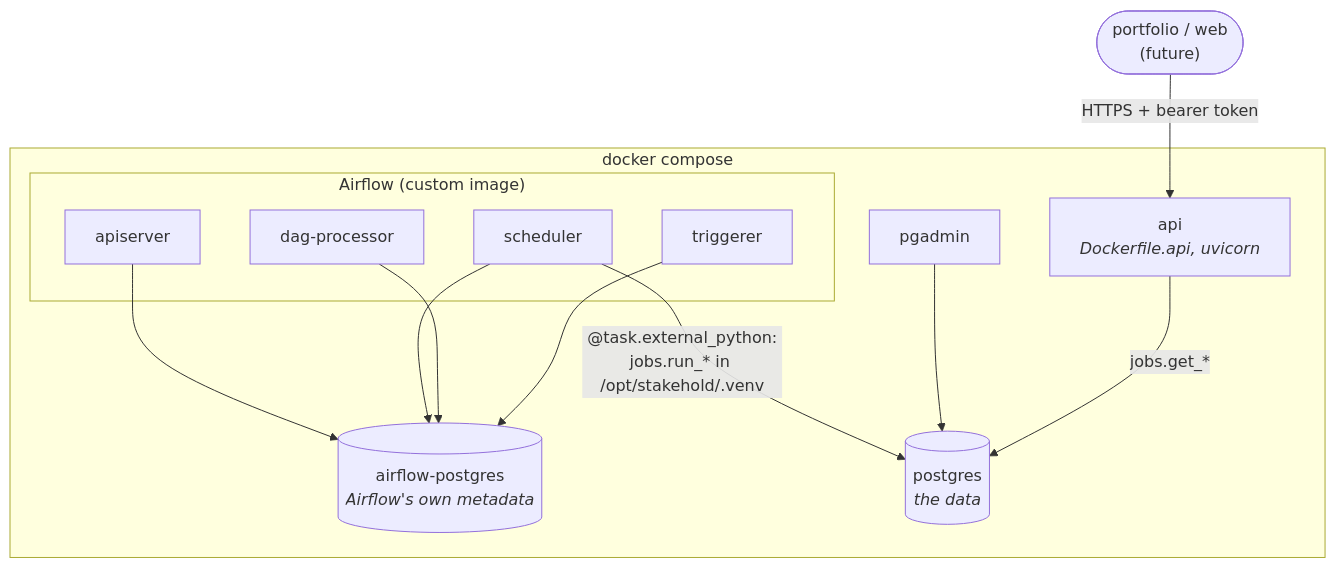
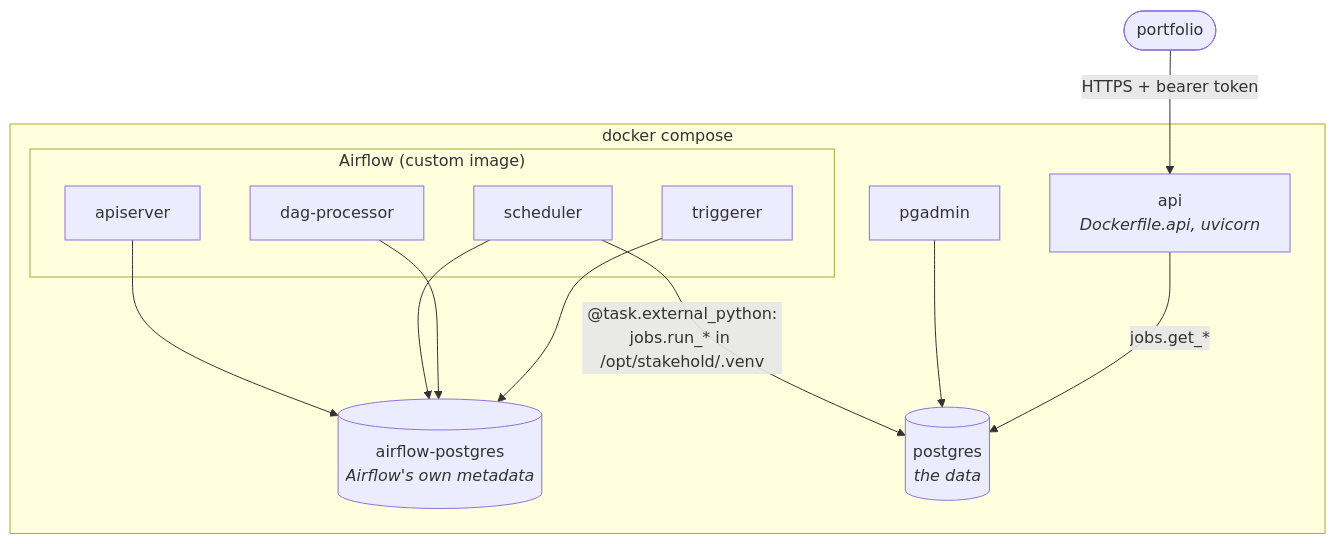
Before and after one commit to jpedropereira/Stakehold: the fourth of 4 diagrams in services/data-store/docs/architecture.md, drawn with Mermaid. The commit also changed other lines of this file and 13 other files, not shown here.

````diff
--- a/services/data-store/docs/architecture.md
+++ b/services/data-store/docs/architecture.md
@@ -525,22 +525,22 @@
 ```mermaid
 flowchart TB
     subgraph host["docker compose"]
         subgraph af["Airflow (custom image)"]
             AFAPI["apiserver"]
             SCHED["scheduler"]
             DAGP["dag-processor"]
             TRIG["triggerer"]
         end
         READAPI["api<br/><i>Dockerfile.api, uvicorn</i>"]
         AFDB[("airflow-postgres<br/><i>Airflow's own metadata</i>")]
         APPDB[("postgres<br/><i>the data</i>")]
         PGA["pgadmin"]
     end
-    CALLER(["portfolio / web<br/>(future)"])
+    CALLER(["portfolio"])
 
     AFAPI & SCHED & DAGP & TRIG --> AFDB
     SCHED -->|"@task.external_python:<br/>jobs.run_* in /opt/stakehold/.venv"| APPDB
     PGA --> APPDB
     READAPI -->|"jobs.get_*"| APPDB
     CALLER -->|"HTTPS + bearer token"| READAPI
 ```
````
